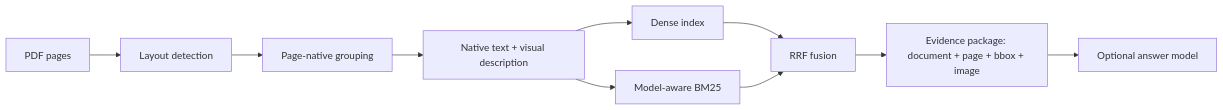
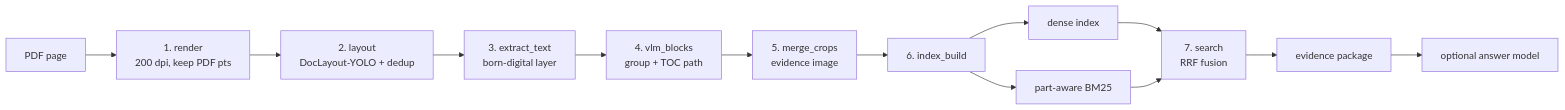
Before and after one commit to zzkws/Layout-Aware-RAG: the diagram in README.md, drawn with Mermaid. The commit also changed other lines of this file and 30 other files, not shown here.

First line of the commit message:
Rename to Layout-Aware-Retrieval and convert the repository to English (#17)

````diff
--- a/README.md
+++ b/README.md
@@ -32,12 +63,15 @@
 ```mermaid
 flowchart LR
-    A["PDF pages"] --> B["Layout detection"]
-    B --> C["Page-native grouping"]
-    C --> D["Native text + visual description"]
-    D --> E["Dense index"]
-    D --> F["Model-aware BM25"]
-    E --> G["RRF fusion"]
-    F --> G
-    G --> H["Evidence package: document + page + bbox + image"]
-    H --> I["Optional answer model"]
+    PDF["PDF page"] --> R["1. render<br/>200 dpi, keep PDF pts"]
+    R --> L["2. layout<br/>DocLayout-YOLO + dedup"]
+    L --> X["3. extract_text<br/>born-digital layer"]
+    X --> G["4. vlm_blocks<br/>group + TOC path"]
+    G --> M["5. merge_crops<br/>evidence image"]
+    M --> I["6. index_build"]
+    I --> D["dense index"]
+    I --> B["part-aware BM25"]
+    D --> F["7. search<br/>RRF fusion"]
+    B --> F
+    F --> E["evidence package"]
+    E --> A["optional answer model"]
 ```
````
